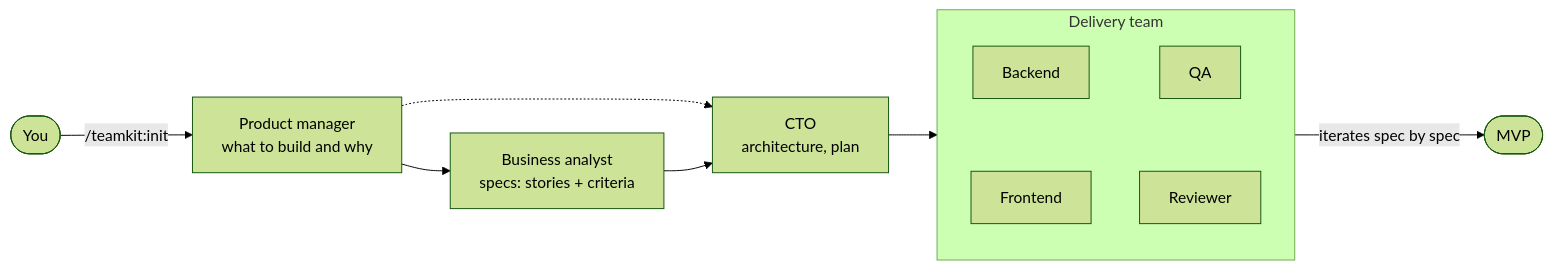
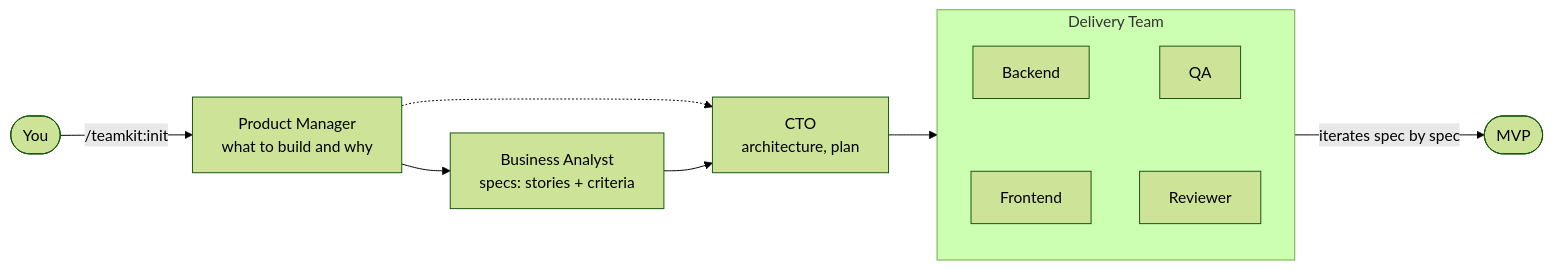
One commit to ioncat/teamkit changed the diagram in README.md. Above: the diagram before and after it, drawn with Mermaid (forest theme). The commit also changed other lines of this file, not shown here.

````diff
--- a/README.md
+++ b/README.md
@@ -26,14 +26,14 @@
 ```mermaid
 flowchart LR
-    O([You]) -->|/teamkit:init| P["Product manager<br/>what to build and why"]
-    P --> A["Business analyst<br/>specs: stories + criteria"]
+    O([You]) -->|/teamkit:init| P["Product Manager<br/>what to build and why"]
+    P --> A["Business Analyst<br/>specs: stories + criteria"]
     P -.-> C
     A --> C["CTO<br/>architecture, plan"]
     C --> T
-    subgraph T["Delivery team"]
+    subgraph T["Delivery Team"]
         direction TB
         B[Backend] ~~~ F[Frontend]
         Q[QA] ~~~ R[Reviewer]
     end
     T -->|iterates spec by spec| MVP([MVP])
 ```
````
